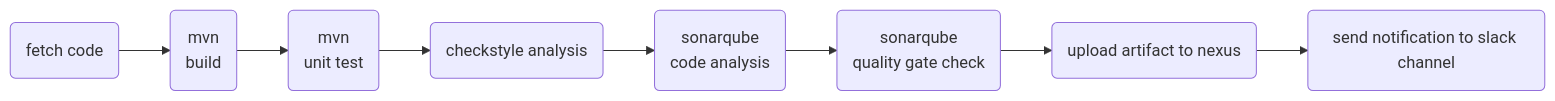
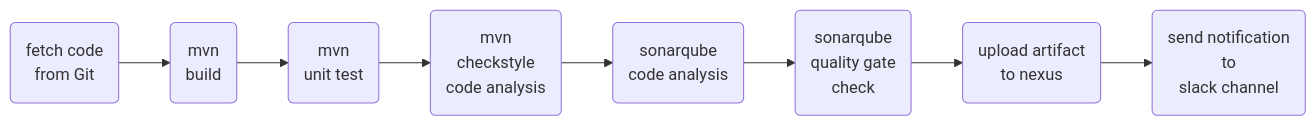
The diagram in README.md (yogeshgunasekaran/Jenkinsfile), drawn with Mermaid before and after one commit. The commit also changed other lines of this file, not shown here.

````diff
--- a/README.md
+++ b/README.md
@@ -13,7 +13,7 @@
 ```mermaid
 graph LR
-A(fetch code) -->B(mvn <br> build) -->C(mvn <br> unit test) -->D(checkstyle analysis)
--->E(sonarqube <br> code analysis) -->F(sonarqube <br> quality gate check) -->G(upload artifact to nexus)
--->H(send notification to slack channel)
+A(fetch code <br> from Git) -->B(mvn <br> build) -->C(mvn <br> unit test) -->D(mvn <br> checkstyle <br> code analysis)
+-->E(sonarqube <br> code analysis) -->F(sonarqube <br> quality gate <br> check) -->G(upload artifact <br> to nexus)
+-->H(send notification <br> to <br> slack channel)
    
 ```
````
